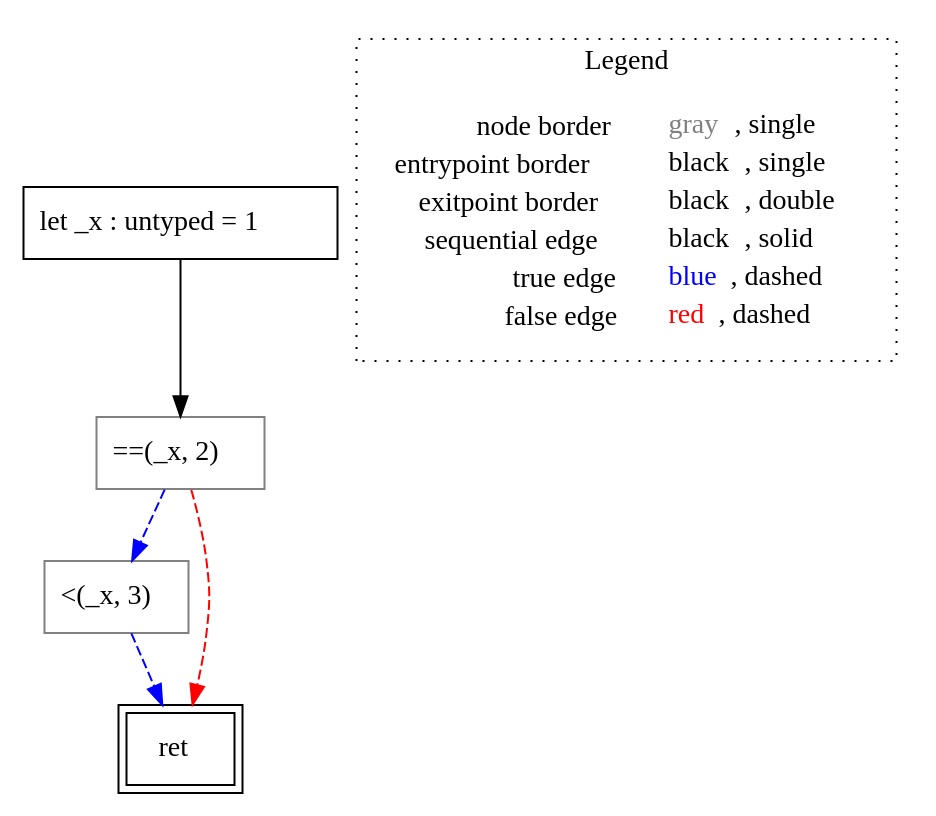
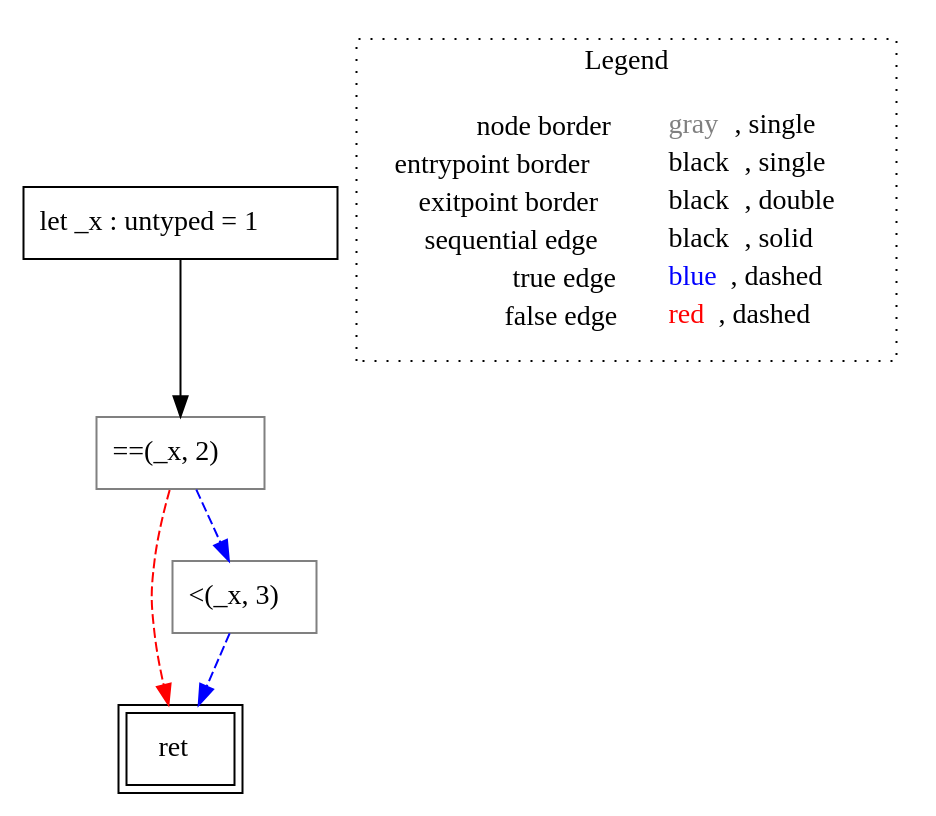
The diagram in rust-lisa/rust-testcases/cfg/return-void/()_rust-testcases_cfg_return-void_return-void.rs.func7().dot (VincenzoArceri/rust-lisa), drawn with Graphviz before and after one commit. The commit also changed 6 other files, not shown here.

```diff
--- a/rust-lisa/rust-testcases/cfg/return-void/()_rust-testcases_cfg_return-void_return-void.rs.func7().dot
+++ b/rust-lisa/rust-testcases/cfg/return-void/()_rust-testcases_cfg_return-void_return-void.rs.func7().dot
@@ -1,17 +1,17 @@
 digraph {
 	"node0" [shape="rect",color="black",label=<let _x : untyped = 1>];
-	"node1" [shape="rect",color="gray",label=<&lt;(_x, 3)>];
+	"node1" [shape="rect",color="gray",label=<==(_x, 2)>];
 	"node2" [shape="rect",color="black",peripheries="2",label=<ret>];
-	"node3" [shape="rect",color="gray",label=<==(_x, 2)>];
-	"node1" -> "node2" [color="blue",style="dashed"];
-	"node0" -> "node3" [color="black"];
-	"node3" -> "node1" [color="blue",style="dashed"];
-	"node3" -> "node2" [color="red",style="dashed"];
+	"node3" [shape="rect",color="gray",label=<&lt;(_x, 3)>];
+	"node1" -> "node2" [color="red",style="dashed"];
+	"node1" -> "node3" [color="blue",style="dashed"];
+	"node0" -> "node1" [color="black"];
+	"node3" -> "node2" [color="blue",style="dashed"];
 subgraph cluster_legend {
 	label="Legend";
 	style=dotted;
 	node [shape=plaintext];
 	"legend" [label=<<table border="0" cellpadding="2" cellspacing="0" cellborder="0"><tr><td align="right">node border&nbsp;</td><td align="left"><font color="gray">gray</font>, single</td></tr><tr><td align="right">entrypoint border&nbsp;</td><td align="left"><font color="black">black</font>, single</td></tr><tr><td align="right">exitpoint border&nbsp;</td><td align="left"><font color="black">black</font>, double</td></tr><tr><td align="right">sequential edge&nbsp;</td><td align="left"><font color="black">black</font>, solid</td></tr><tr><td align="right">true edge&nbsp;</td><td align="left"><font color="blue">blue</font>, dashed</td></tr><tr><td align="right">false edge&nbsp;</td><td align="left"><font color="red">red</font>, dashed</td></tr></table>>];
 }
 
 }
```
